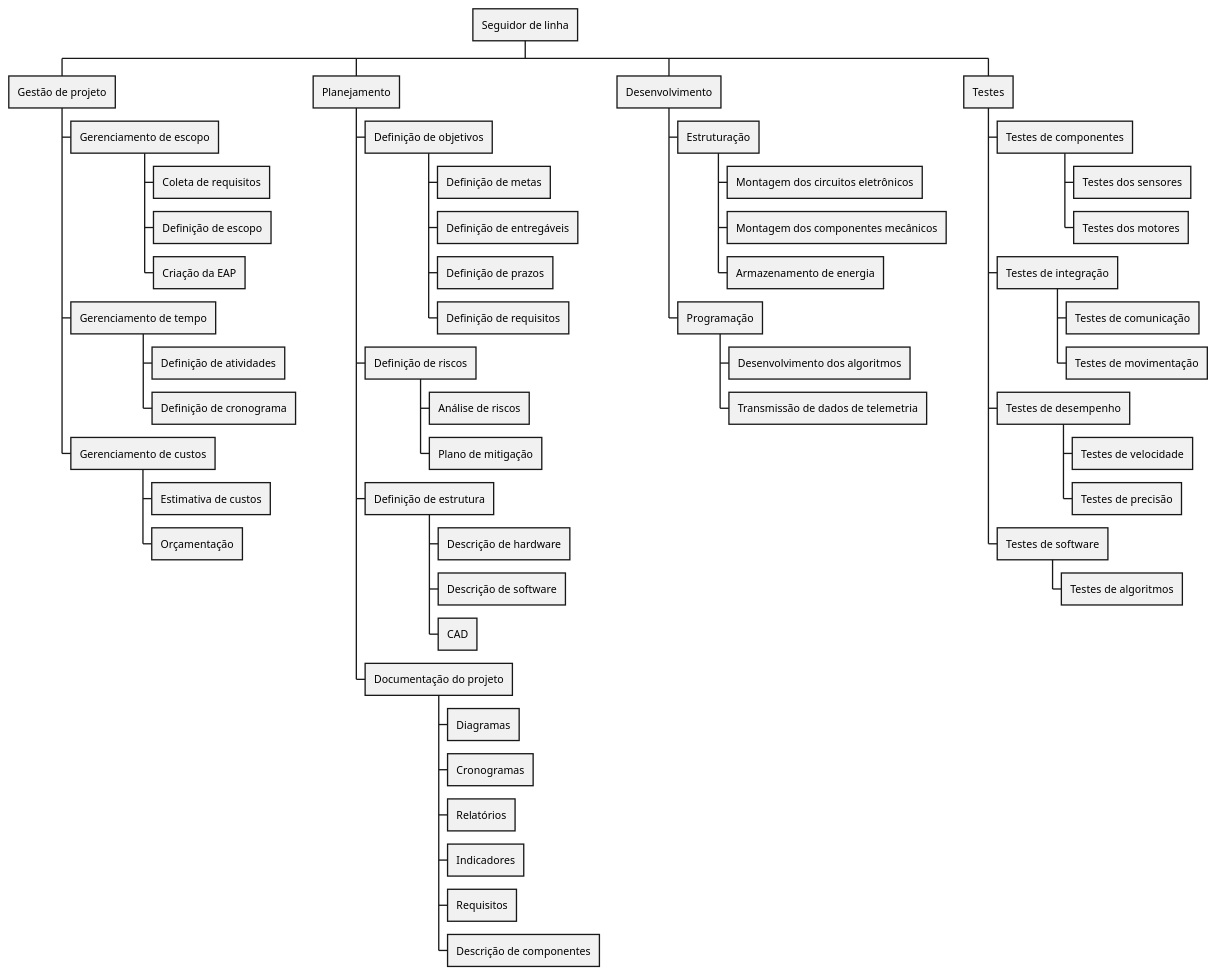
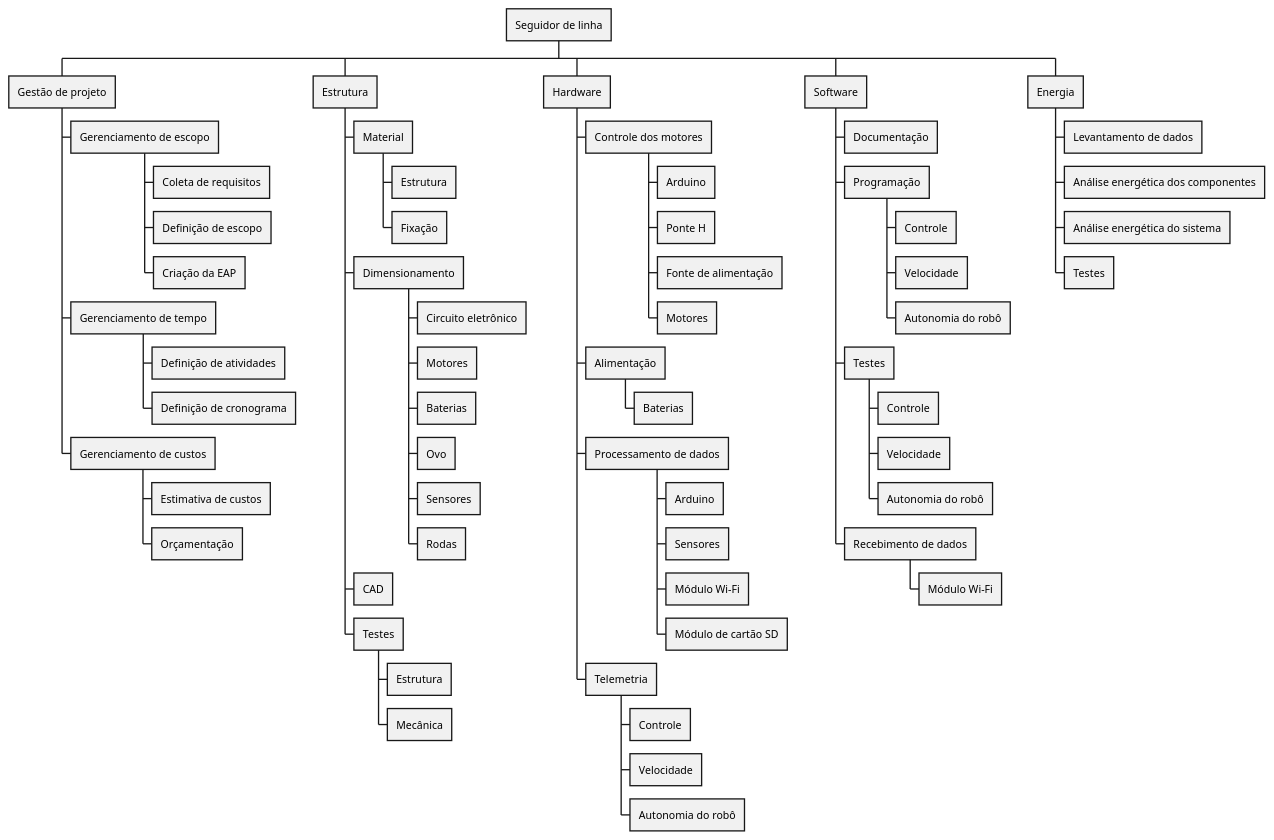
Before and after one commit to PI1-UnB-Gama/docs: the diagram in diagrams/eap.puml, drawn with PlantUML. The commit also changed 5 other files, not shown here.

```diff
--- a/diagrams/eap.puml
+++ b/diagrams/eap.puml
@@ -1,58 +1,68 @@
-@startwbs
+@startwbs eap
 * Seguidor de linha
 
 ** Gestão de projeto
 *** Gerenciamento de escopo
 **** Coleta de requisitos
 **** Definição de escopo
 **** Criação da EAP
 *** Gerenciamento de tempo
 **** Definição de atividades
 **** Definição de cronograma
 *** Gerenciamento de custos
 **** Estimativa de custos
 **** Orçamentação
 
-** Planejamento
-*** Definição de objetivos
-**** Definição de metas
-**** Definição de entregáveis
-**** Definição de prazos
-**** Definição de requisitos
-*** Definição de riscos
-**** Análise de riscos
-**** Plano de mitigação
-*** Definição de estrutura
-**** Descrição de hardware
-**** Descrição de software
-**** CAD
-*** Documentação do projeto
-**** Diagramas
-**** Cronogramas
-**** Relatórios
-**** Indicadores
-**** Requisitos
-**** Descrição de componentes
+** Estrutura
+*** Material
+**** Estrutura
+**** Fixação
+*** Dimensionamento
+**** Circuito eletrônico
+**** Motores
+**** Baterias
+**** Ovo
+**** Sensores
+**** Rodas
+*** CAD
+*** Testes
+**** Estrutura
+**** Mecânica
 
-** Desenvolvimento
-*** Estruturação
-**** Montagem dos circuitos eletrônicos
-**** Montagem dos componentes mecânicos
-**** Armazenamento de energia
+** Hardware
+*** Controle dos motores
+**** Arduino
+**** Ponte H
+**** Fonte de alimentação
+**** Motores
+*** Alimentação
+**** Baterias
+*** Processamento de dados
+**** Arduino
+**** Sensores
+**** Módulo Wi-Fi
+**** Módulo de cartão SD
+*** Telemetria
+**** Controle
+**** Velocidade
+**** Autonomia do robô
+
+** Software
+*** Documentação
 *** Programação
-**** Desenvolvimento dos algoritmos
-**** Transmissão de dados de telemetria
+**** Controle
+**** Velocidade
+**** Autonomia do robô
+*** Testes
+**** Controle
+**** Velocidade
+**** Autonomia do robô
+*** Recebimento de dados
+**** Módulo Wi-Fi
 
-** Testes
-*** Testes de componentes
-**** Testes dos sensores
-**** Testes dos motores
-*** Testes de integração
-**** Testes de comunicação
-**** Testes de movimentação
-*** Testes de desempenho
-**** Testes de velocidade
-**** Testes de precisão
-*** Testes de software
-**** Testes de algoritmos
+** Energia
+*** Levantamento de dados
+*** Análise energética dos componentes
+*** Análise energética do sistema
+*** Testes
 @endwbs
```
